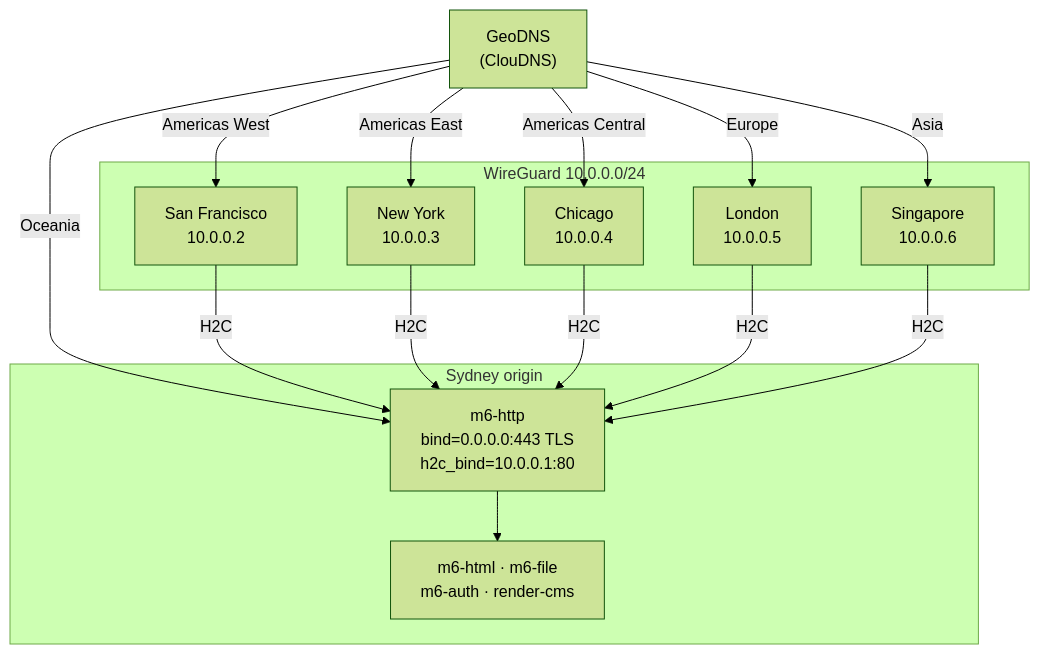
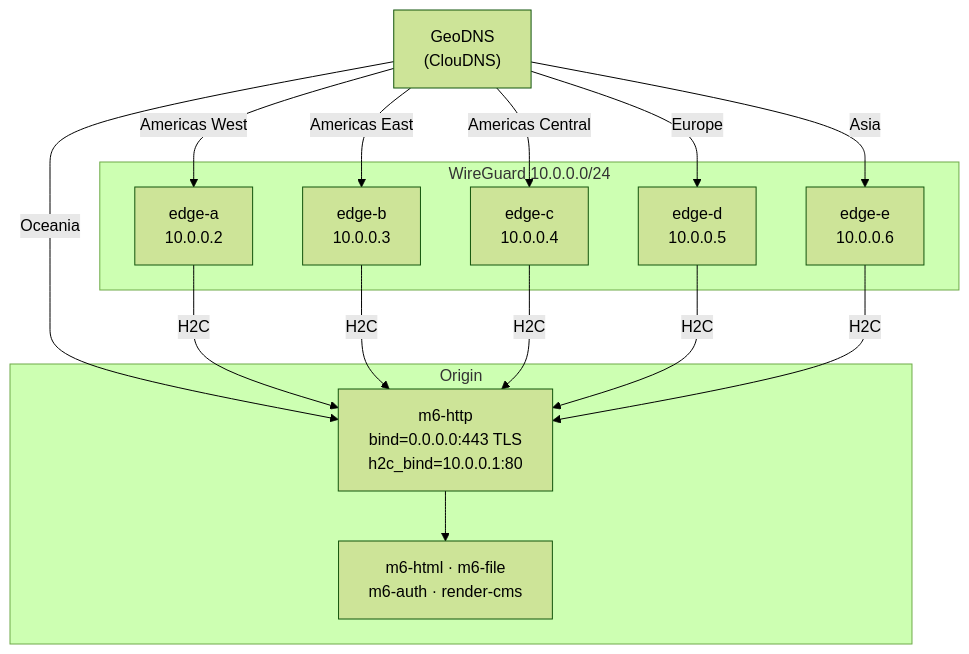
Before and after one commit to mgrosvenor/m6-examples: the diagram in examples/02-blog/content/posts/guide-08-global-deployment.md, drawn with Mermaid (forest theme). The commit also changed other lines of this file and 211 other files, not shown here.

```diff
--- a/examples/02-blog/content/posts/guide-08-global-deployment.md
+++ b/examples/02-blog/content/posts/guide-08-global-deployment.md
@@ -26,29 +26,29 @@
 <pre class="mermaid">
 graph TD
-    DNS["GeoDNS\n(ClouDNS)"] -->|Oceania| SYD
-    DNS -->|Americas West| SF
-    DNS -->|Americas East| NYC
-    DNS -->|Americas Central| CHI
-    DNS -->|Europe| LON
-    DNS -->|Asia| SIN
+    DNS["GeoDNS\n(ClouDNS)"] -->|Oceania| ORIGIN
+    DNS -->|Americas West| EDGEA
+    DNS -->|Americas East| EDGEB
+    DNS -->|Americas Central| EDGEC
+    DNS -->|Europe| EDGED
+    DNS -->|Asia| EDGEE
 
-    subgraph "Sydney origin"
-        SYD["m6-http\nbind=0.0.0.0:443 TLS\nh2c_bind=10.0.0.1:80"]
+    subgraph "Origin"
+        ORIGIN["m6-http\nbind=0.0.0.0:443 TLS\nh2c_bind=10.0.0.1:80"]
         BACKENDS["m6-html · m6-file\nm6-auth · render-cms"]
-        SYD --> BACKENDS
+        ORIGIN --> BACKENDS
     end
 
     subgraph "WireGuard 10.0.0.0/24"
-        SF["San Francisco\n10.0.0.2"]
-        NYC["New York\n10.0.0.3"]
-        CHI["Chicago\n10.0.0.4"]
-        LON["London\n10.0.0.5"]
-        SIN["Singapore\n10.0.0.6"]
+        EDGEA["edge-a\n10.0.0.2"]
+        EDGEB["edge-b\n10.0.0.3"]
+        EDGEC["edge-c\n10.0.0.4"]
+        EDGED["edge-d\n10.0.0.5"]
+        EDGEE["edge-e\n10.0.0.6"]
     end
 
-    SF  -->|H2C| SYD
-    NYC -->|H2C| SYD
-    CHI -->|H2C| SYD
-    LON -->|H2C| SYD
-    SIN -->|H2C| SYD
+    EDGEA -->|H2C| ORIGIN
+    EDGEB -->|H2C| ORIGIN
+    EDGEC -->|H2C| ORIGIN
+    EDGED -->|H2C| ORIGIN
+    EDGEE -->|H2C| ORIGIN
 </pre>
```
